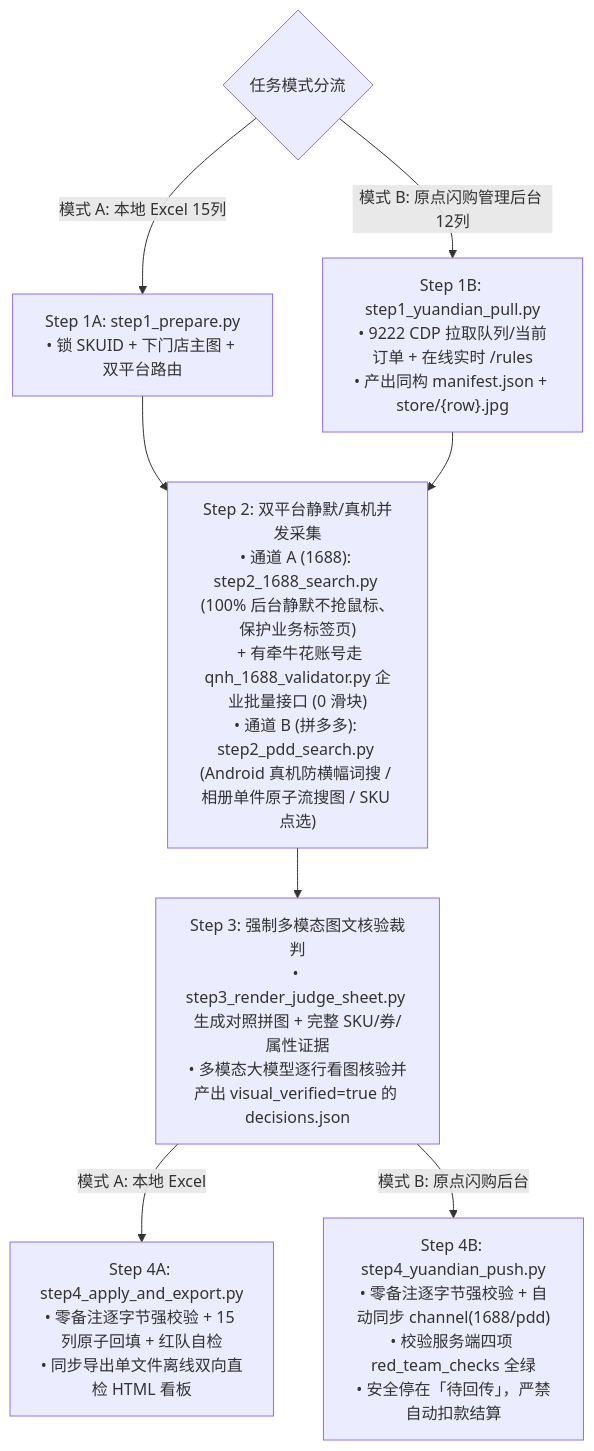
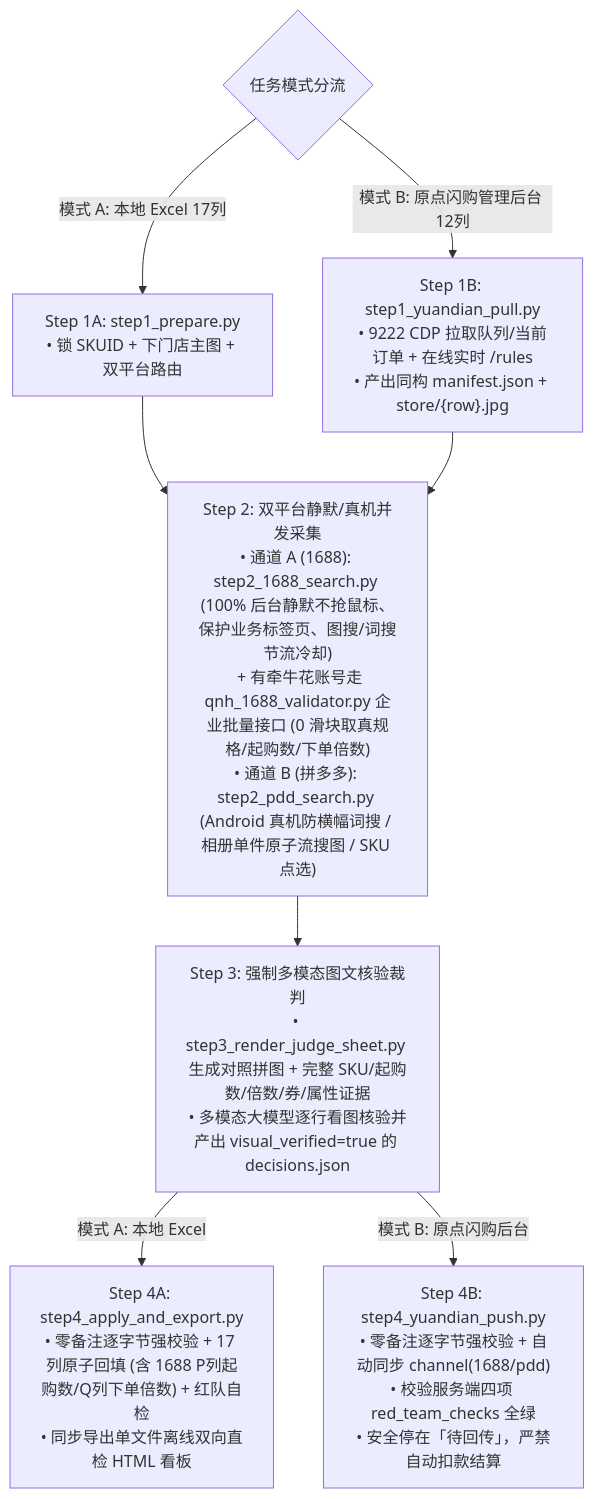
Before and after one commit to cycjianai/pddauto: the diagram in README.md, drawn with Mermaid. The commit also changed other lines of this file and 15 other files, not shown here.

Commit message:
feat(pddauto v3.5.0): add 1688 MOQ (Col P) & order multiple (Col Q) 17-col Excel gates, QNH live verification, CDP fallback & img anti-throttle

````diff
--- a/README.md
+++ b/README.md
@@ -15,16 +15,16 @@
 ```mermaid
 flowchart TD
     Mode{"任务模式分流"}
-    Mode -->|"模式 A: 本地 Excel 15列"| S1A["Step 1A: step1_prepare.py<br>• 锁 SKUID + 下门店主图 + 双平台路由"]
+    Mode -->|"模式 A: 本地 Excel 17列"| S1A["Step 1A: step1_prepare.py<br>• 锁 SKUID + 下门店主图 + 双平台路由"]
     Mode -->|"模式 B: 原点闪购管理后台 12列"| S1B["Step 1B: step1_yuandian_pull.py<br>• 9222 CDP 拉取队列/当前订单 + 在线实时 /rules<br>• 产出同构 manifest.json + store/{row}.jpg"]
 
     S1A --> S2
     S1B --> S2
 
-    S2["Step 2: 双平台静默/真机并发采集<br>• 通道 A (1688): step2_1688_search.py (100% 后台静默不抢鼠标、保护业务标签页)<br>  + 有牵牛花账号走 qnh_1688_validator.py 企业批量接口 (0 滑块)<br>• 通道 B (拼多多): step2_pdd_search.py (Android 真机防横幅词搜 / 相册单件原子流搜图 / SKU 点选)"]
+    S2["Step 2: 双平台静默/真机并发采集<br>• 通道 A (1688): step2_1688_search.py (100% 后台静默不抢鼠标、保护业务标签页、图搜/词搜节流冷却)<br>  + 有牵牛花账号走 qnh_1688_validator.py 企业批量接口 (0 滑块取真规格/起购数/下单倍数)<br>• 通道 B (拼多多): step2_pdd_search.py (Android 真机防横幅词搜 / 相册单件原子流搜图 / SKU 点选)"]
 
-    S2 --> S3["Step 3: 强制多模态图文核验裁判<br>• step3_render_judge_sheet.py 生成对照拼图 + 完整 SKU/券/属性证据<br>• 多模态大模型逐行看图核验并产出 visual_verified=true 的 decisions.json"]
+    S2 --> S3["Step 3: 强制多模态图文核验裁判<br>• step3_render_judge_sheet.py 生成对照拼图 + 完整 SKU/起购数/倍数/券/属性证据<br>• 多模态大模型逐行看图核验并产出 visual_verified=true 的 decisions.json"]
 
-    S3 -->|"模式 A: 本地 Excel"| S4A["Step 4A: step4_apply_and_export.py<br>• 零备注逐字节强校验 + 15 列原子回填 + 红队自检<br>• 同步导出单文件离线双向直检 HTML 看板"]
+    S3 -->|"模式 A: 本地 Excel"| S4A["Step 4A: step4_apply_and_export.py<br>• 零备注逐字节强校验 + 17 列原子回填 (含 1688 P列起购数/Q列下单倍数) + 红队自检<br>• 同步导出单文件离线双向直检 HTML 看板"]
     S3 -->|"模式 B: 原点闪购后台"| S4B["Step 4B: step4_yuandian_push.py<br>• 零备注逐字节强校验 + 自动同步 channel(1688/pdd)<br>• 校验服务端四项 red_team_checks 全绿<br>• 安全停在「待回传」，严禁自动扣款结算"]
 ```
````
